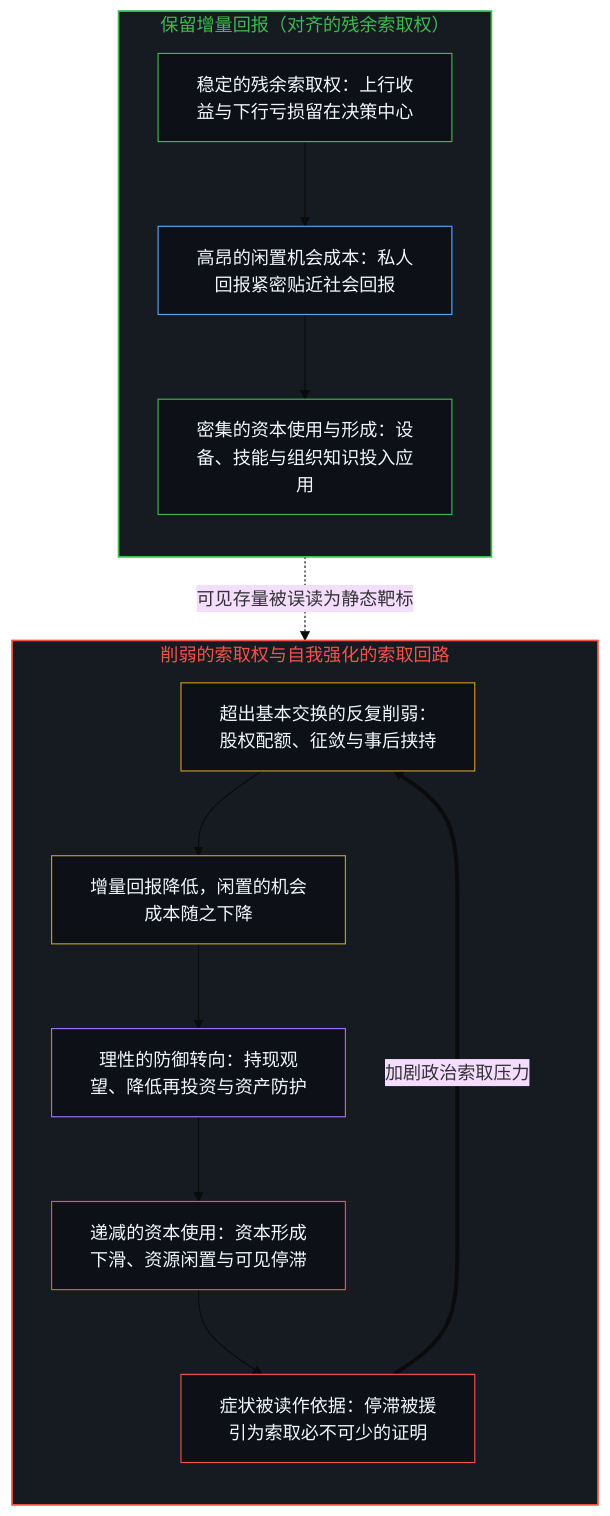
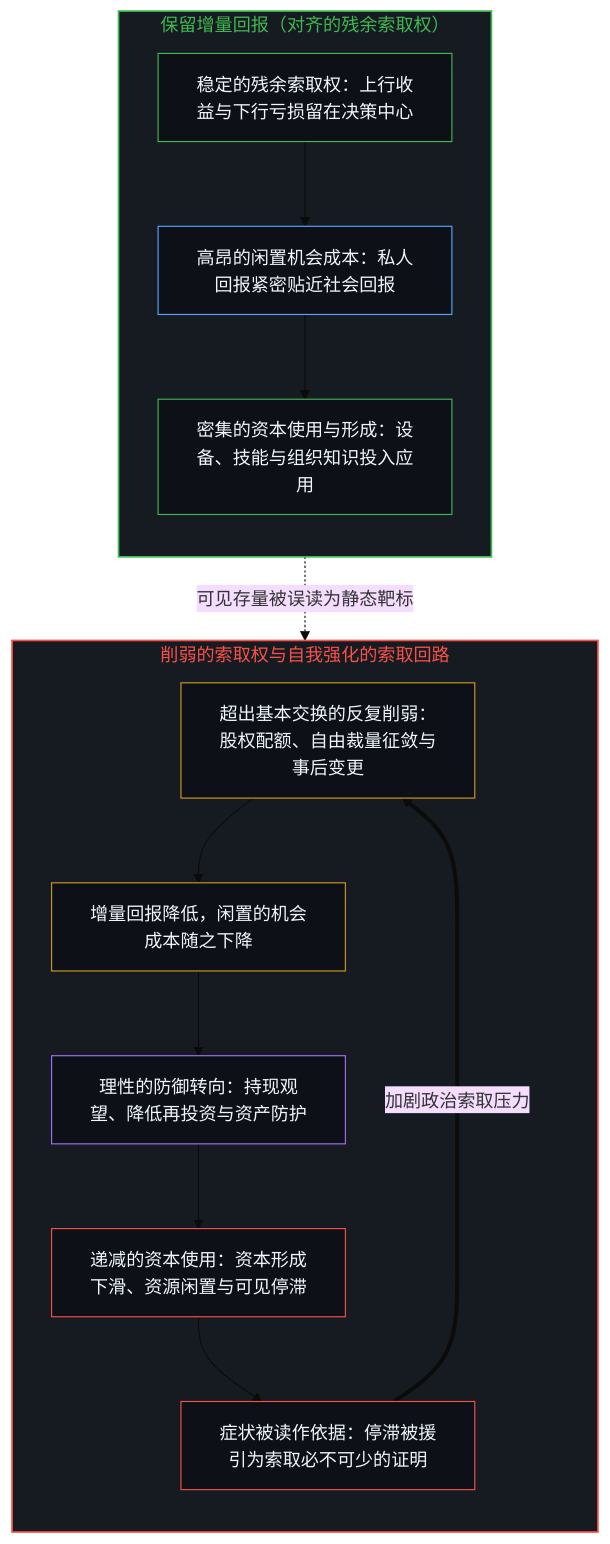
One commit to powerpig99/not-a-toe changed the third of 4 diagrams in content/posts/inheritance-as-residue-and-the-need-for-extraction.md. Above: the diagram before and after it, drawn with Mermaid (base theme). The commit also changed other lines of this file and 24 other files, not shown here.

````diff
--- a/content/posts/inheritance-as-residue-and-the-need-for-extraction.md
+++ b/content/posts/inheritance-as-residue-and-the-need-for-extraction.md
@@ -119,31 +119,31 @@
 ```mermaid
 flowchart TD
     subgraph S_Align["保留增量回报（对齐的残余索取权）"]
         direction TB
         A1["稳定的残余索取权：上行收益与下行亏损留在决策中心"]
         A2["高昂的闲置机会成本：私人回报紧密贴近社会回报"]
         A3["密集的资本使用与形成：设备、技能与组织知识投入应用"]
         A1 --> A2 --> A3
     end
     subgraph S_Loop["削弱的索取权与自我强化的索取回路"]
         direction TB
-        L1["超出基本交换的反复削弱：股权配额、征敛与事后挟持"]
+        L1["超出基本交换的反复削弱：股权配额、自由裁量征敛与事后变更"]
         L2["增量回报降低，闲置的机会成本随之下降"]
         L3["理性的防御转向：持现观望、降低再投资与资产防护"]
         L4["递减的资本使用：资本形成下滑、资源闲置与可见停滞"]
         L5["症状被读作依据：停滞被援引为索取必不可少的证明"]
         L1 --> L2 --> L3 --> L4 --> L5
         L5 ==>|"加剧政治索取压力"| L1
     end
     A3 -.->|"可见存量被误读为静态靶标"| L1
     style S_Align fill:#161b22,stroke:#3fb950,stroke-width:1.5px,color:#3fb950
     style S_Loop fill:#161b22,stroke:#f85149,stroke-width:1.5px,color:#f85149
     style A1 fill:#0d1117,stroke:#3fb950,stroke-width:1px,color:#f0f6fc
     style A2 fill:#0d1117,stroke:#58a6ff,stroke-width:1px,color:#f0f6fc
     style A3 fill:#0d1117,stroke:#3fb950,stroke-width:1px,color:#f0f6fc
     style L1 fill:#0d1117,stroke:#d29922,stroke-width:1px,color:#f0f6fc
     style L2 fill:#0d1117,stroke:#d29922,stroke-width:1px,color:#f0f6fc
     style L3 fill:#0d1117,stroke:#a371f7,stroke-width:1px,color:#f0f6fc
     style L4 fill:#0d1117,stroke:#f85149,stroke-width:1px,color:#f0f6fc
     style L5 fill:#0d1117,stroke:#f85149,stroke-width:1px,color:#f0f6fc
 ```
````
